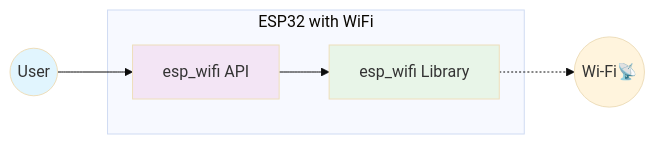
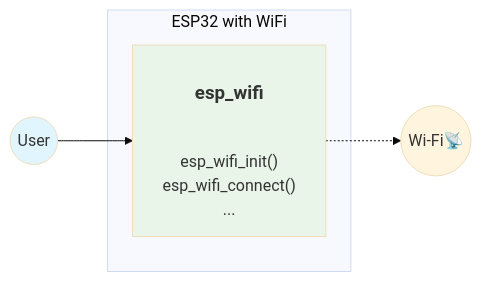
One commit to espressif/developer-portal changed the first of 4 diagrams in content/blog/2025/08/esp-wifi-remote/index.md. Above: the diagram before and after it, drawn with Mermaid (base theme). The commit also changed other lines of this file, not shown here.

````diff
--- a/content/blog/2025/08/esp-wifi-remote/index.md
+++ b/content/blog/2025/08/esp-wifi-remote/index.md
@@ -25,17 +25,16 @@
 ```mermaid
 graph LR
-    U((User)) --> API[esp_wifi API]
+    U((User)) --> WIFI["<h3>esp_wifi</h3><br/>esp_wifi_init()<br/>esp_wifi_connect()<br/>..."]
 
     subgraph "ESP32 with WiFi"
-        API --> WIFI[esp_wifi Library]
+        WIFI
     end
 
 
     WIFI -.-> A
 
     A((Wi-Fi📡))
 
     style U fill:#e1f5fe
-    style API fill:#f3e5f5
     style WIFI fill:#e8f5e8
 ```
````
